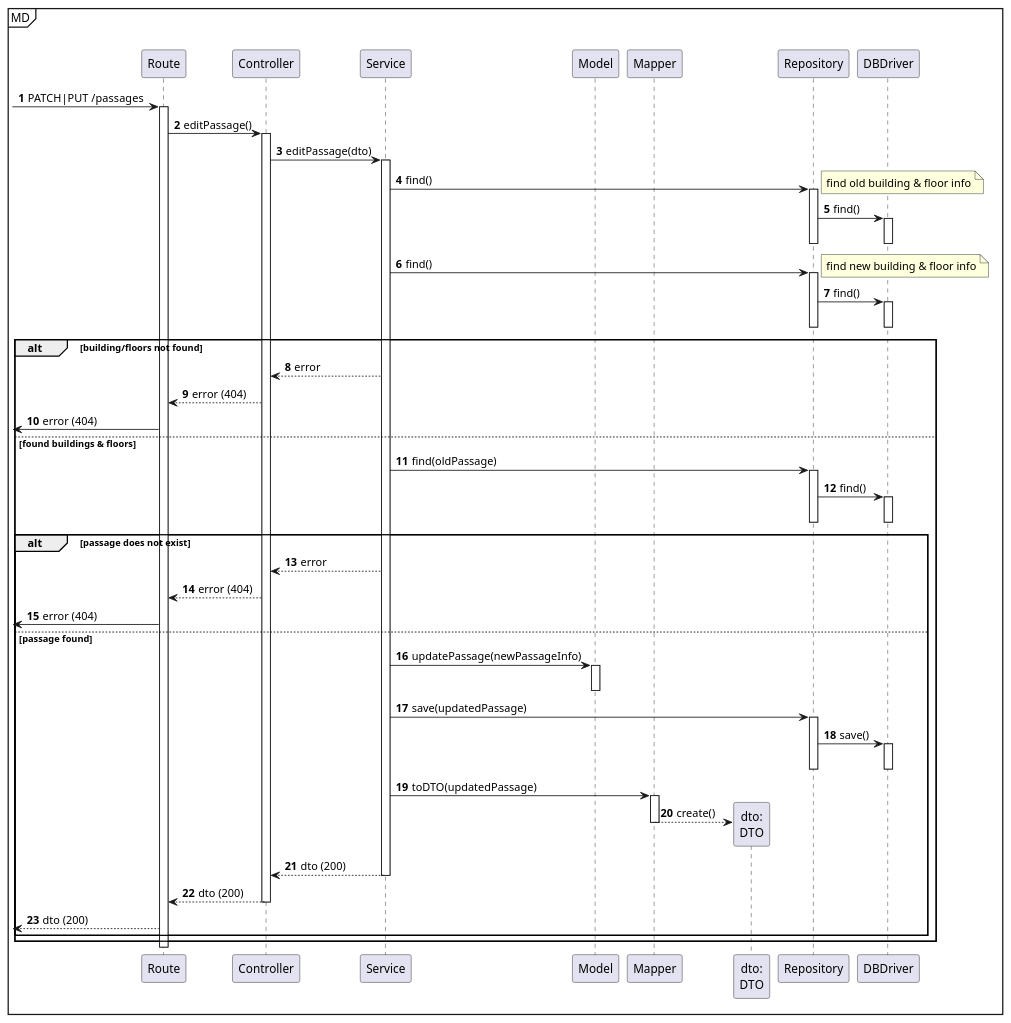
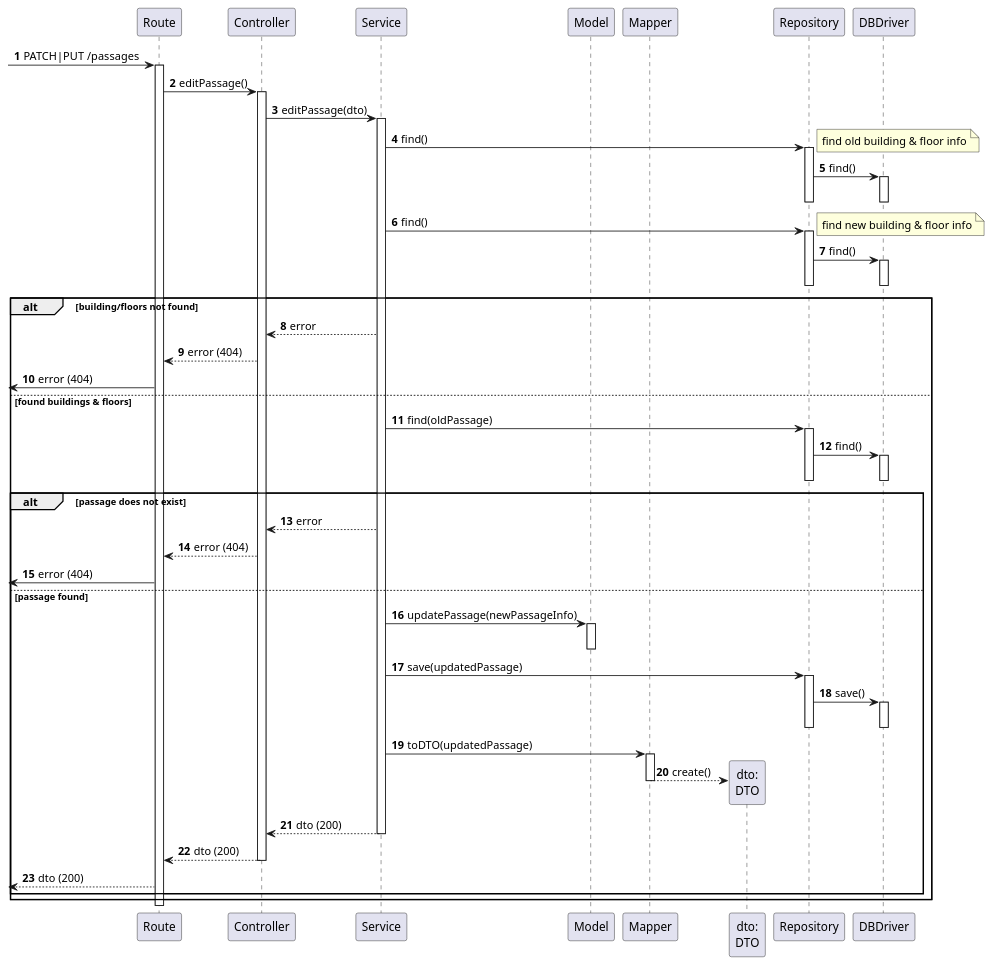
Before and after one commit to Departamento-de-Engenharia-Informatica/lapr5-23-24-g19: the diagram in docs/us250/level3/process-view.puml, drawn with PlantUML. The commit also changed 3 other files, not shown here.

```diff
--- a/docs/us250/level3/process-view.puml
+++ b/docs/us250/level3/process-view.puml
@@ -1,91 +1,89 @@
 @startuml
 autonumber
-
-mainframe MD
 
 participant "Route" as rt
 participant "Controller" as ctrl
 participant "Service" as svc
 participant "Model" as model
 
 participant "Mapper" as mapper
 participant "dto:\nDTO" as dto
 
 participant "Repository" as repo
 
 participant "DBDriver" as db
 
 [-> rt : PATCH|PUT /passages
 
 activate rt
     rt -> ctrl : editPassage()
 
     activate ctrl
         ctrl -> svc : editPassage(dto)
 
         activate svc
             svc -> repo : find()
             note right : find old building & floor info
             activate repo
                 repo -> db : find()
                 activate db
                 deactivate db
             deactivate repo
 
             svc -> repo : find()
             note right : find new building & floor info
             activate repo
                 repo -> db : find()
                 activate db
                 deactivate db
             deactivate repo
 
             alt building/floors not found
                 svc --> ctrl : error
                 ctrl --> rt : error (404)
                 [<- rt : error (404)
             else found buildings & floors
 
             svc -> repo : find(oldPassage)
 
             activate repo
                 repo -> db : find()
                 activate db
                 deactivate db
             deactivate repo
 
             alt passage does not exist
                 svc --> ctrl : error
                 ctrl --> rt : error (404)
                 [<- rt : error (404)
             else passage found
 
 
             svc -> model : updatePassage(newPassageInfo)
             activate model
             deactivate model
 
             svc -> repo : save(updatedPassage)
             activate repo
                 repo -> db : save()
                 activate db
                 deactivate db
             deactivate repo
 
             svc -> mapper : toDTO(updatedPassage)
             activate mapper
                 mapper --> dto **: create()
             deactivate mapper
 
             svc --> ctrl : dto (200)
         deactivate svc
 
         ctrl --> rt : dto (200)
     deactivate ctrl
 
     [<-- rt : dto (200)
     end
     end
 deactivate rt
 
 @enduml
```
